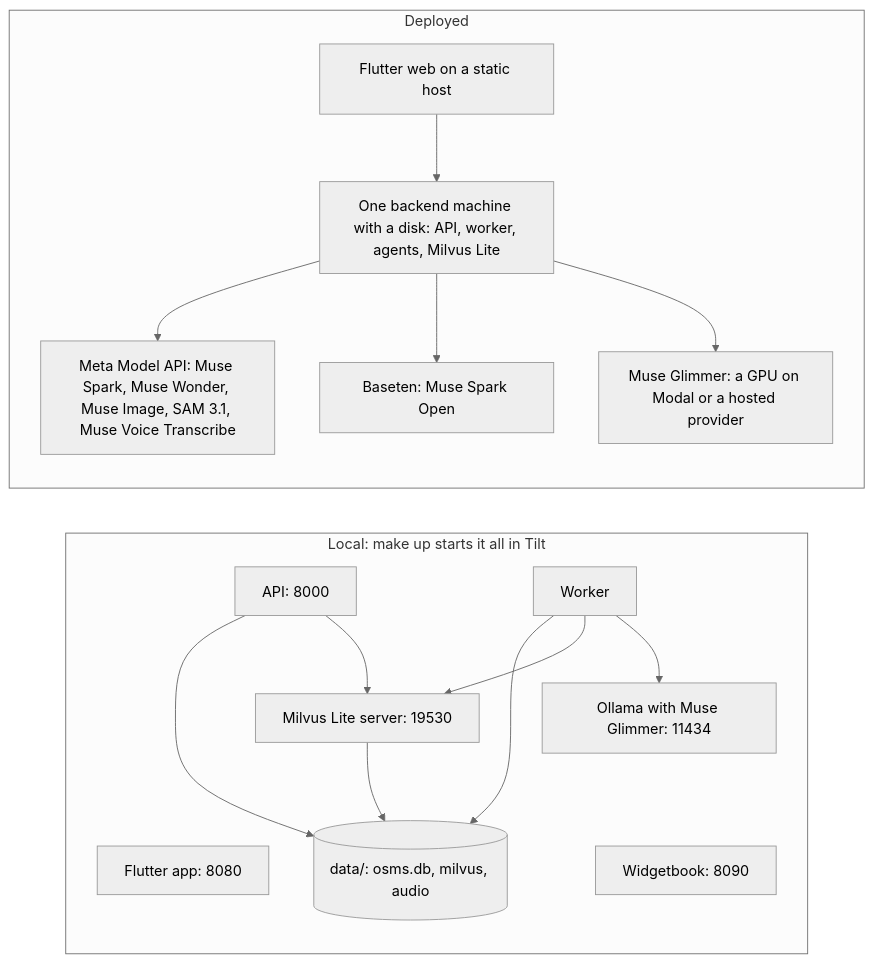
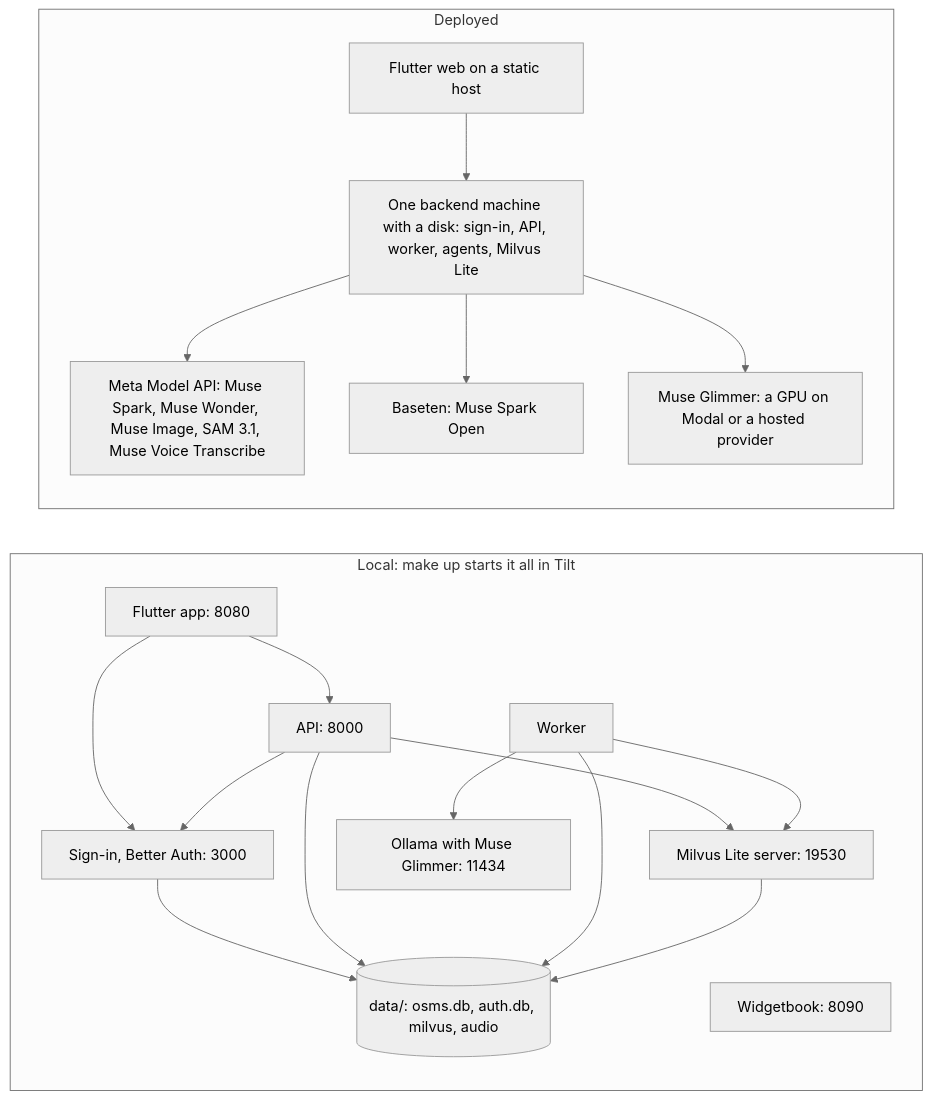
The eighth of 8 diagrams in docs/architecture.md (ThivaV/OSMS), drawn with Mermaid (neutral theme) before and after one commit. The commit also changed other lines of this file and 83 other files, not shown here.

````diff
--- a/docs/architecture.md
+++ b/docs/architecture.md
@@ -472,31 +522,36 @@
 ```mermaid
 flowchart LR
     subgraph laptop["Local: make up starts it all in Tilt"]
         l_app["Flutter app: 8080"]
+        l_auth["Sign-in, Better Auth: 3000"]
         l_wb["Widgetbook: 8090"]
         l_api["API: 8000"]
         l_worker["Worker"]
         l_milvus["Milvus Lite server: 19530"]
         l_glimmer["Ollama with Muse Glimmer: 11434"]
-        l_data[("data/: osms.db, milvus, audio")]
+        l_data[("data/: osms.db, auth.db, milvus, audio")]
     end
 
     subgraph cloud["Deployed"]
         web["Flutter web on a static host"]
-        box["One backend machine with a disk: API, worker, agents, Milvus Lite"]
+        box["One backend machine with a disk: sign-in, API, worker, agents, Milvus Lite"]
         meta["Meta Model API: Muse Spark, Muse Wonder, Muse Image, SAM 3.1, Muse Voice Transcribe"]
         baseten["Baseten: Muse Spark Open"]
         glimmer["Muse Glimmer: a GPU on Modal or a hosted provider"]
     end
 
+    l_app --> l_auth
+    l_app --> l_api
+    l_auth --> l_data
+    l_api --> l_auth
     l_api --> l_data
     l_worker --> l_data
     l_api --> l_milvus
     l_worker --> l_milvus
     l_worker --> l_glimmer
     l_milvus --> l_data
     web --> box
     box --> meta
     box --> baseten
     box --> glimmer
 ```
````
